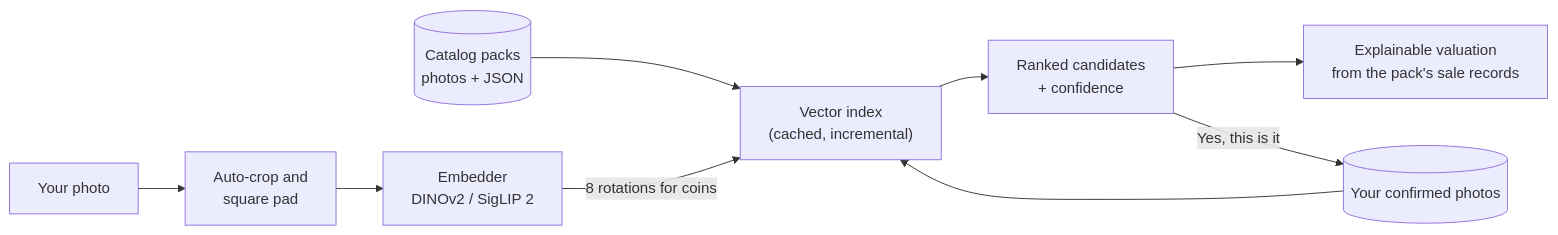
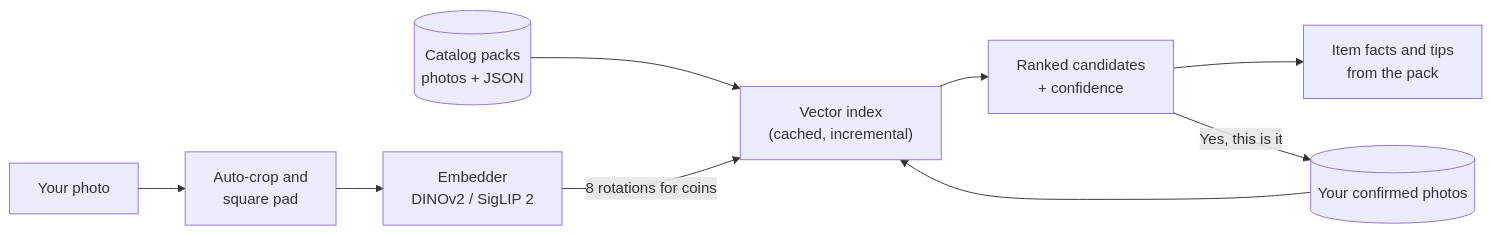
One commit to DylanMartinLSC/curio changed the diagram in README.md. Above: the diagram before and after it, drawn with Mermaid. The commit also changed other lines of this file and 19 other files, not shown here.

````diff
--- a/README.md
+++ b/README.md
@@ -38,11 +39,11 @@
 ```mermaid
 flowchart LR
     photo["Your photo"] --> pre["Auto-crop and<br/>square pad"]
     pre --> emb["Embedder<br/>DINOv2 / SigLIP 2"]
     packs[("Catalog packs<br/>photos + JSON")] --> idx["Vector index<br/>(cached, incremental)"]
     emb -- "8 rotations for coins" --> idx
     idx --> cands["Ranked candidates<br/>+ confidence"]
-    cands --> val["Explainable valuation<br/>from the pack's sale records"]
+    cands --> facts["Item facts and tips<br/>from the pack"]
     cands -- "Yes, this is it" --> learned[("Your confirmed photos")]
     learned --> idx
 ```
````
